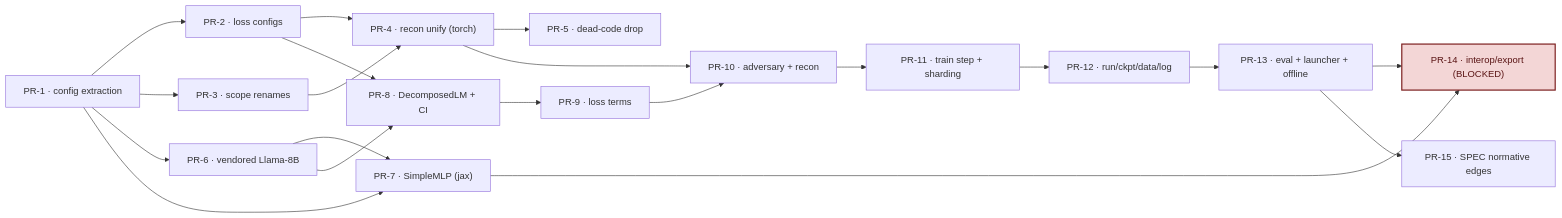
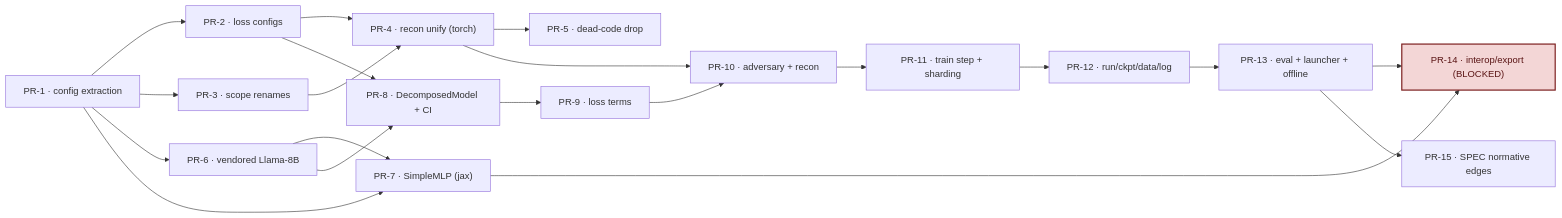
Before and after one commit to Antovigo/spd: the diagram in param_decomp_jax/jax_single_pool/PARITY_MATRIX.md, drawn with Mermaid. The commit also changed other lines of this file and 28 other files, not shown here.

First line of the commit message:
refactor: rename DecomposedLM → DecomposedModel; clean/masked_logits → _output (#846)

````diff
--- a/param_decomp_jax/jax_single_pool/PARITY_MATRIX.md
+++ b/param_decomp_jax/jax_single_pool/PARITY_MATRIX.md
@@ -391,34 +391,34 @@
 ```mermaid
 flowchart LR
     PR1["PR-1 · config extraction"]
     PR2["PR-2 · loss configs"]
     PR3["PR-3 · scope renames"]
     PR4["PR-4 · recon unify (torch)"]
     PR5["PR-5 · dead-code drop"]
     PR6["PR-6 · vendored Llama-8B"]
     PR7["PR-7 · SimpleMLP (jax)"]
-    PR8["PR-8 · DecomposedLM + CI"]
+    PR8["PR-8 · DecomposedModel + CI"]
     PR9["PR-9 · loss terms"]
     PR10["PR-10 · adversary + recon"]
     PR11["PR-11 · train step + sharding"]
     PR12["PR-12 · run/ckpt/data/log"]
     PR13["PR-13 · eval + launcher + offline"]
     PR14["PR-14 · interop/export (BLOCKED)"]
     PR15["PR-15 · SPEC normative edges"]
     PR1 --> PR2 & PR3 & PR6
     PR2 --> PR4
     PR3 --> PR4
     PR4 --> PR5
     PR1 --> PR7
     PR6 --> PR7
     PR2 --> PR8
     PR6 --> PR8
     PR8 --> PR9 --> PR10
     PR4 --> PR10
     PR10 --> PR11 --> PR12 --> PR13
     PR13 --> PR14
     PR7 --> PR14
     PR13 --> PR15
     classDef blocked fill:#f3d6d6,stroke:#7b1e1e,stroke-width:2px,color:#5a1515;
     class PR14 blocked;
 ```
````
